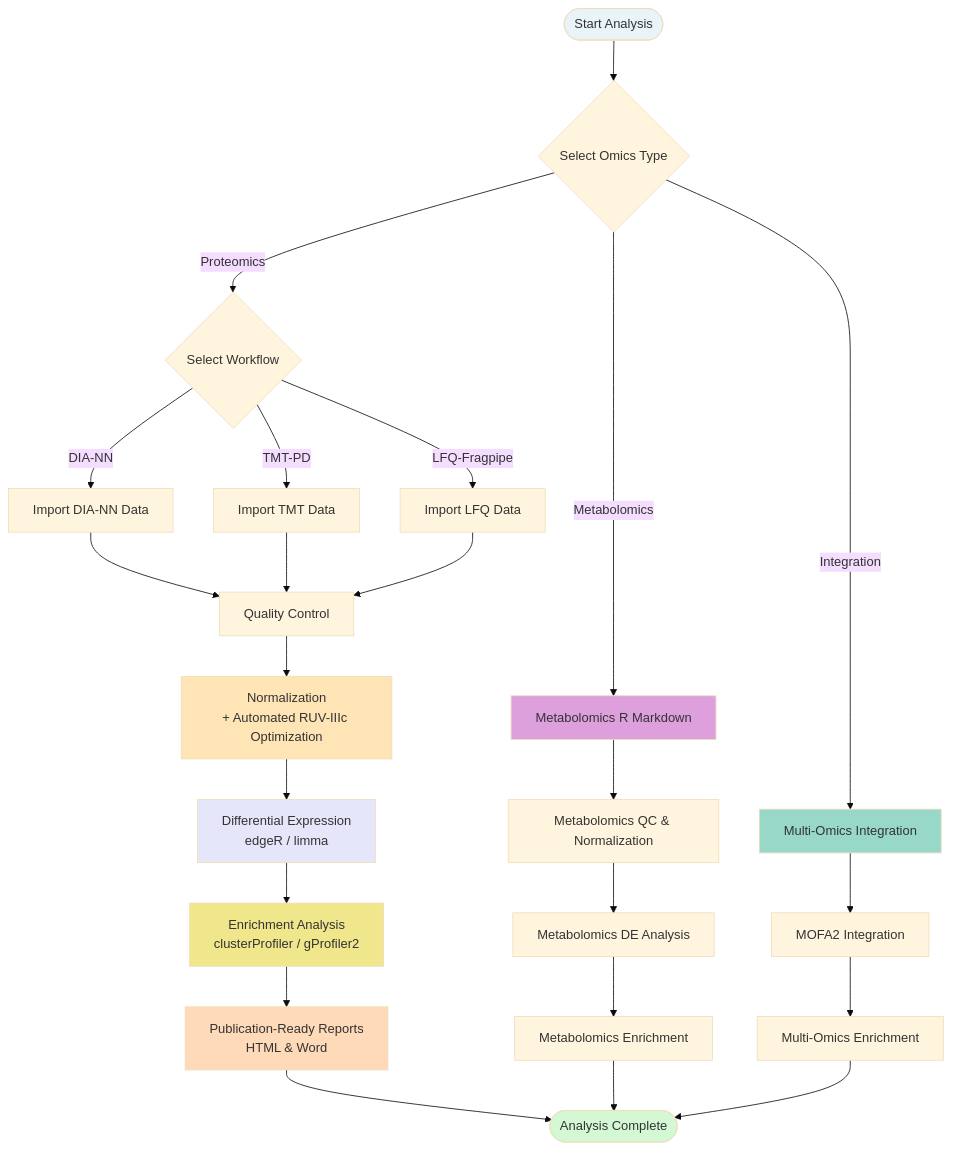
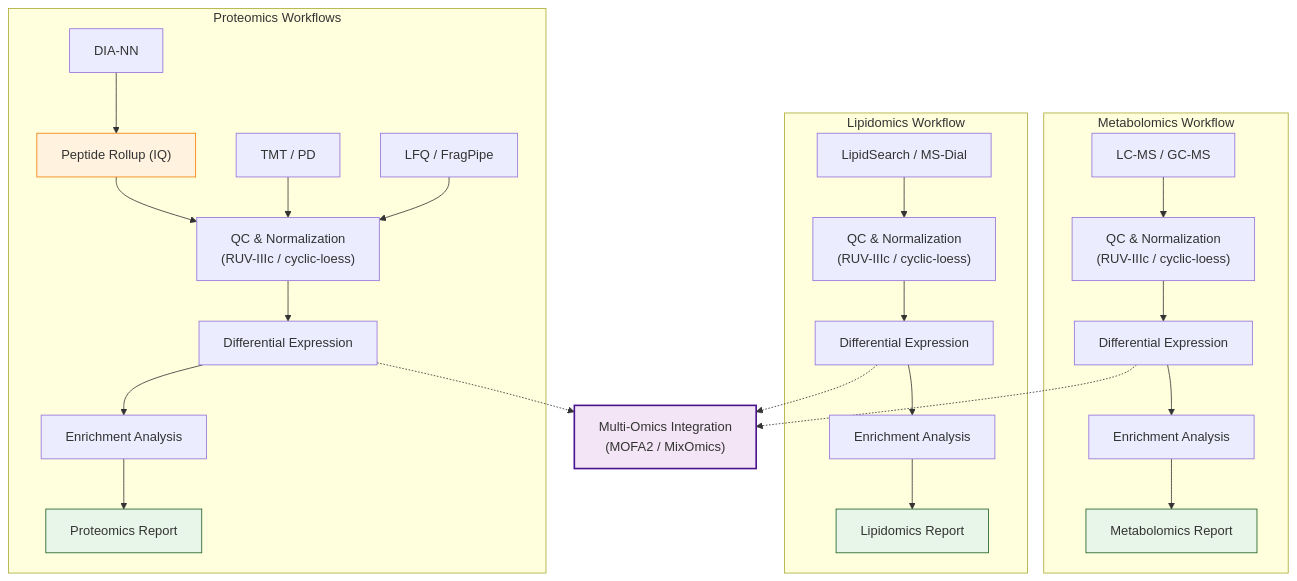
The diagram in README.md (APAF-bioinformatics/MultiScholaR), drawn with Mermaid before and after one commit. The commit also changed other lines of this file, not shown here.

````diff
--- a/README.md
+++ b/README.md
@@ -299,45 +20,43 @@
 ```mermaid
-%%{init: {'theme': 'base', 'themeVariables': { 'fontSize': '16px'}}}%%
 graph TD
-    Start([Start Analysis]) --> Select{Select Omics Type}
+    %% Proteomics
+    subgraph Proteomics ["Proteomics Workflows"]
+        DIA["DIA-NN"] --> Pep["Peptide Rollup (IQ)"]
+        Pep --> ProtQC
+        TMT["TMT / PD"] --> ProtQC
+        LFQ["LFQ / FragPipe"] --> ProtQC
 
-    Select -->|Proteomics| ProtWorkflow{Select Workflow}
-    Select -->|Metabolomics| MetWorkflow[Metabolomics R Markdown]
-    Select -->|Integration| IntWorkflow[Multi-Omics Integration]
+        ProtQC["QC & Normalization<br/>(RUV-IIIc / cyclic-loess)"] --> ProtDE["Differential Expression"]
+        ProtDE --> ProtEnrich["Enrichment Analysis"]
+        ProtEnrich --> ProtReport["Proteomics Report"]
+    end
 
-    ProtWorkflow -->|DIA-NN| DIA[Import DIA-NN Data]
-    ProtWorkflow -->|TMT-PD| TMT[Import TMT Data]
-    ProtWorkflow -->|LFQ-Fragpipe| LFQ[Import LFQ Data]
+    %% Metabolomics
+    subgraph Metabolomics ["Metabolomics Workflow"]
+        MetInput["LC-MS / GC-MS"] --> MetQC["QC & Normalization<br/>(RUV-IIIc / cyclic-loess)"]
+        MetQC --> MetDE["Differential Expression"]
+        MetDE --> MetEnrich["Enrichment Analysis"]
+        MetEnrich --> MetReport["Metabolomics Report"]
+    end
 
-    DIA --> QC1[Quality Control]
-    TMT --> QC1
-    LFQ --> QC1
+    %% Lipidomics
+    subgraph Lipidomics ["Lipidomics Workflow"]
+        LipInput["LipidSearch / MS-Dial"] --> LipQC["QC & Normalization<br/>(RUV-IIIc / cyclic-loess)"]
+        LipQC --> LipDE["Differential Expression"]
+        LipDE --> LipEnrich["Enrichment Analysis"]
+        LipEnrich --> LipReport["Lipidomics Report"]
+    end
 
-    QC1 --> Norm[Normalization<br/>+ Automated RUV-IIIc Optimization]
+    %% Multi-Omics Integration (Union)
+    ProtDE -.-> Integration["Multi-Omics Integration<br/>(MOFA2 / MixOmics)"]
+    MetDE -.-> Integration
+    LipDE -.-> Integration
 
-    Norm --> DE[Differential Expression<br/>edgeR / limma]
+    %% Styling
+    style Integration fill:#f3e5f5,stroke:#4a148c,stroke-width:2px
+    style Pep fill:#fff3e0,stroke:#f57c00
 
-    DE --> Enrich[Enrichment Analysis<br/>clusterProfiler / gProfiler2]
-
-    Enrich --> Reports[Publication-Ready Reports<br/>HTML & Word]
-
-    Reports --> End([Analysis Complete])
-
-    MetWorkflow --> MetQC[Metabolomics QC & Normalization]
-    MetQC --> MetDE[Metabolomics DE Analysis]
-    MetDE --> MetEnrich[Metabolomics Enrichment]
-    MetEnrich --> End
-
-    IntWorkflow --> MOFA[MOFA2 Integration]
-    MOFA --> IntEnrich[Multi-Omics Enrichment]
-    IntEnrich --> End
-
-    style Start fill:#E8F4F8
-    style End fill:#D4F8D4
-    style Norm fill:#FFE4B5
-    style DE fill:#E6E6FA
-    style Enrich fill:#F0E68C
-    style Reports fill:#FFDAB9
-    style MetWorkflow fill:#DDA0DD
-    style IntWorkflow fill:#98D8C8
+    style ProtReport fill:#e8f5e9,stroke:#1b5e20
+    style MetReport fill:#e8f5e9,stroke:#1b5e20
+    style LipReport fill:#e8f5e9,stroke:#1b5e20
 ```
````
